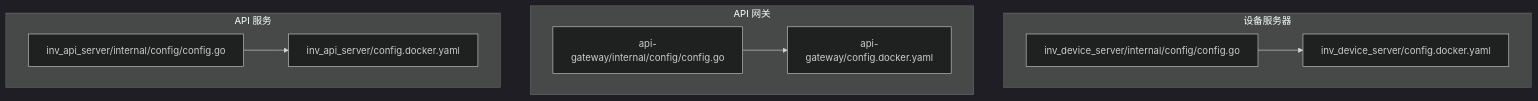
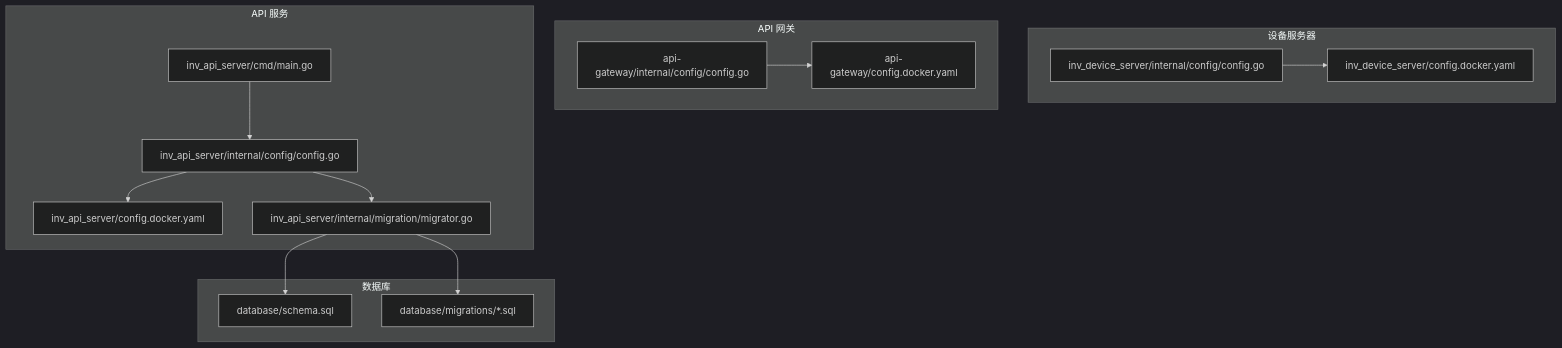
One commit to mcmrzy/cs_inv_monitor-develop changed the first of 7 diagrams in .qoder/repowiki/zh/content/设备服务器/配置管理.md. Above: the diagram before and after it, drawn with Mermaid (dark theme). The commit also changed other lines of this file and 28 other files, not shown here.

````diff
--- a/.qoder/repowiki/zh/content/设备服务器/配置管理.md
+++ b/.qoder/repowiki/zh/content/设备服务器/配置管理.md
@@ -35,18 +47,28 @@
 ```mermaid
 graph TB
 subgraph "设备服务器"
 DCFG["inv_device_server/internal/config/config.go"]
 DCY["inv_device_server/config.docker.yaml"]
 end
 subgraph "API 网关"
 GCFG["api-gateway/internal/config/config.go"]
 GCY["api-gateway/config.docker.yaml"]
 end
 subgraph "API 服务"
 ACFG["inv_api_server/internal/config/config.go"]
 ACY["inv_api_server/config.docker.yaml"]
+AMIGR["inv_api_server/internal/migration/migrator.go"]
+AMAIN["inv_api_server/cmd/main.go"]
+end
+subgraph "数据库"
+SCHEMA["database/schema.sql"]
+MIGRATIONS["database/migrations/*.sql"]
 end
 DCFG --> DCY
 GCFG --> GCY
 ACFG --> ACY
+ACFG --> AMIGR
+AMAIN --> ACFG
+AMIGR --> SCHEMA
+AMIGR --> MIGRATIONS
 ```
````
